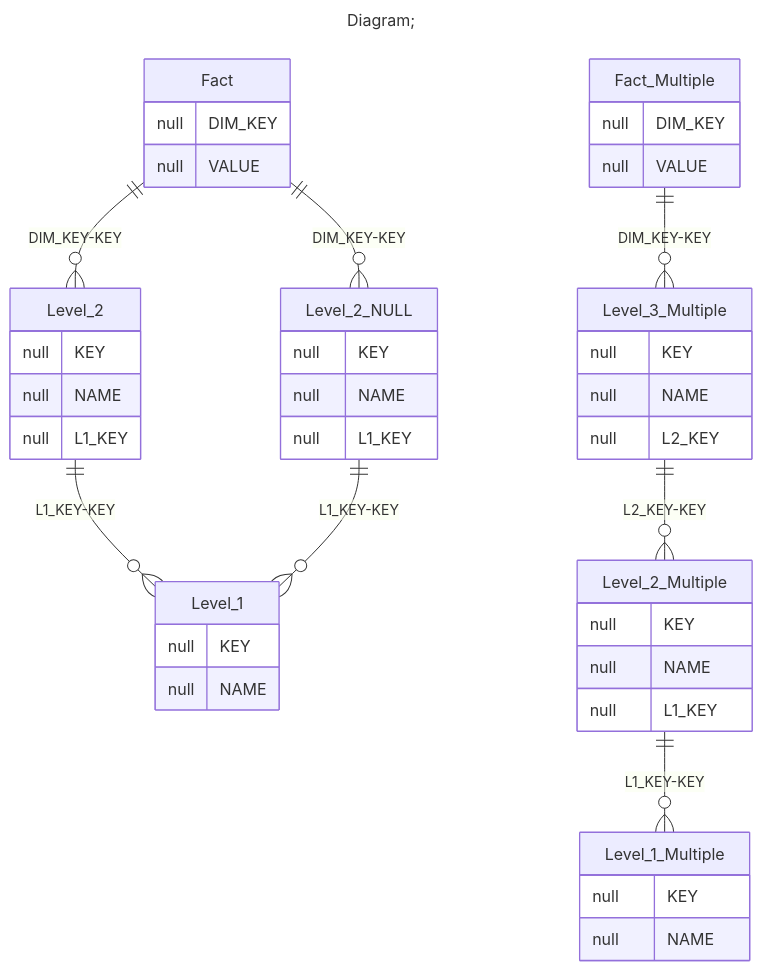
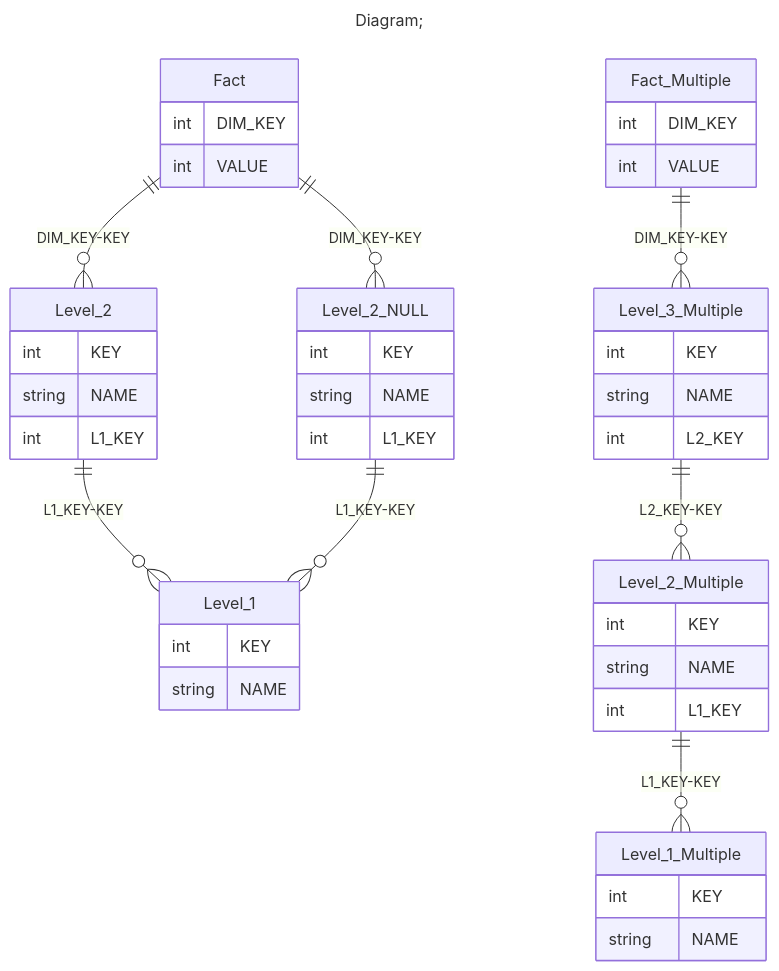
One commit to xmla-services/workground changed the fifth of 5 diagrams in demo/server/catalogs/min_Level_hideMemberIf/README.MD. Above: the diagram before and after it, drawn with Mermaid. The commit also changed other lines of this file and 33 other files, not shown here.

````diff
--- a/demo/server/catalogs/min_Level_hideMemberIf/README.MD
+++ b/demo/server/catalogs/min_Level_hideMemberIf/README.MD
@@ -225,50 +226,50 @@
 ```mermaid
 ---
 title: Diagram;
 ---
 erDiagram
 Fact{
-null DIM_KEY
-null VALUE
+int DIM_KEY
+int VALUE
 }
 Fact_Multiple{
-null DIM_KEY
-null VALUE
+int DIM_KEY
+int VALUE
 }
 Level_1{
-null KEY
-null NAME
+int KEY
+string NAME
 }
 Level_1_Multiple{
-null KEY
-null NAME
+int KEY
+string NAME
 }
 Level_2{
-null KEY
-null NAME
-null L1_KEY
+int KEY
+string NAME
+int L1_KEY
 }
 Level_2_Multiple{
-null KEY
-null NAME
-null L1_KEY
+int KEY
+string NAME
+int L1_KEY
 }
 Level_2_NULL{
-null KEY
-null NAME
-null L1_KEY
+int KEY
+string NAME
+int L1_KEY
 }
 Level_3_Multiple{
-null KEY
-null NAME
-null L2_KEY
+int KEY
+string NAME
+int L2_KEY
 }
 
 "Fact" ||--o{ "Level_2" : "DIM_KEY-KEY"
 "Level_2" ||--o{ "Level_1" : "L1_KEY-KEY"
 "Fact" ||--o{ "Level_2_NULL" : "DIM_KEY-KEY"
 "Level_2_NULL" ||--o{ "Level_1" : "L1_KEY-KEY"
 "Fact_Multiple" ||--o{ "Level_3_Multiple" : "DIM_KEY-KEY"
 "Level_3_Multiple" ||--o{ "Level_2_Multiple" : "L2_KEY-KEY"
 "Level_2_Multiple" ||--o{ "Level_1_Multiple" : "L1_KEY-KEY"
 ```
````
